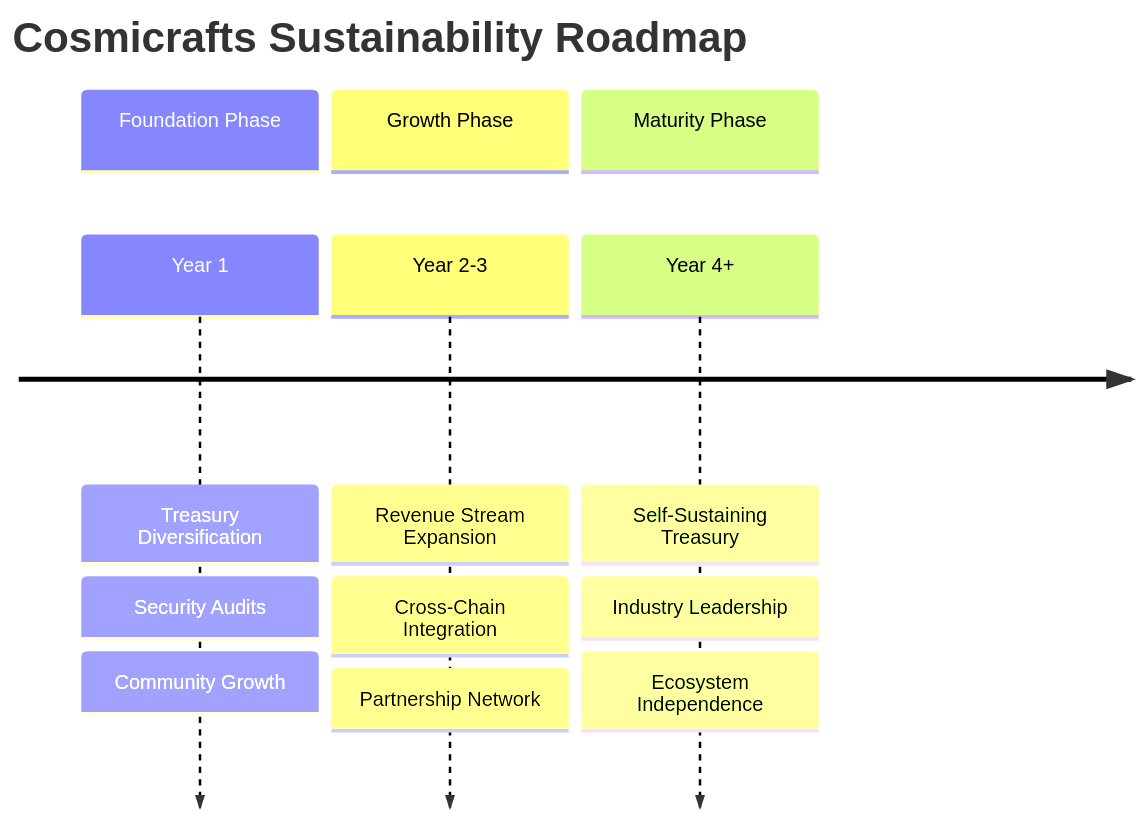
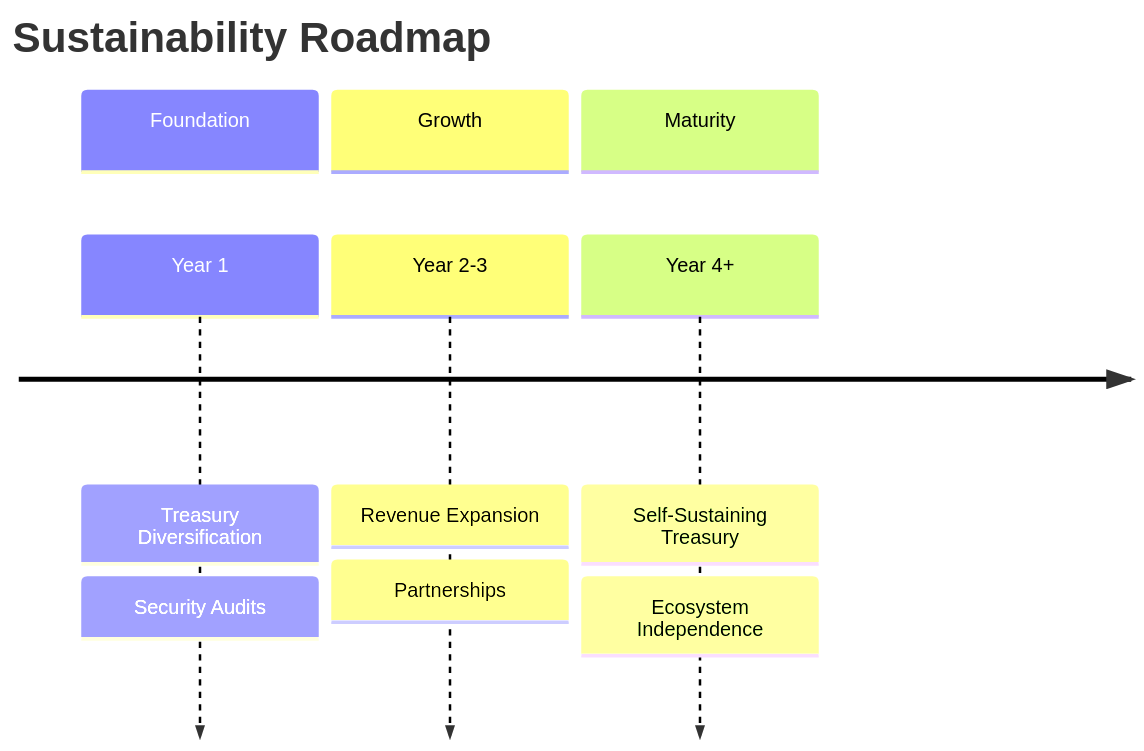
Before and after one commit to cosmicrafts/cosmicrafts-dao: the third of 5 diagrams in src/frontend/src/assets/markdown/en/sustainability.md, drawn with Mermaid. The commit also changed other lines of this file and 5 other files, not shown here.

````diff
--- a/src/frontend/src/assets/markdown/en/sustainability.md
+++ b/src/frontend/src/assets/markdown/en/sustainability.md
@@ -116,10 +101,10 @@
 ```mermaid
 timeline
-    title Cosmicrafts Sustainability Roadmap
-    section Foundation Phase
-      Year 1 : Treasury Diversification : Security Audits : Community Growth
-    section Growth Phase
-      Year 2-3 : Revenue Stream Expansion : Cross-Chain Integration : Partnership Network
-    section Maturity Phase
-      Year 4+ : Self-Sustaining Treasury : Industry Leadership : Ecosystem Independence
+    title Sustainability Roadmap
+    section Foundation
+      Year 1 : Treasury Diversification : Security Audits
+    section Growth
+      Year 2-3 : Revenue Expansion : Partnerships
+    section Maturity
+      Year 4+ : Self-Sustaining Treasury : Ecosystem Independence
 ```
````
